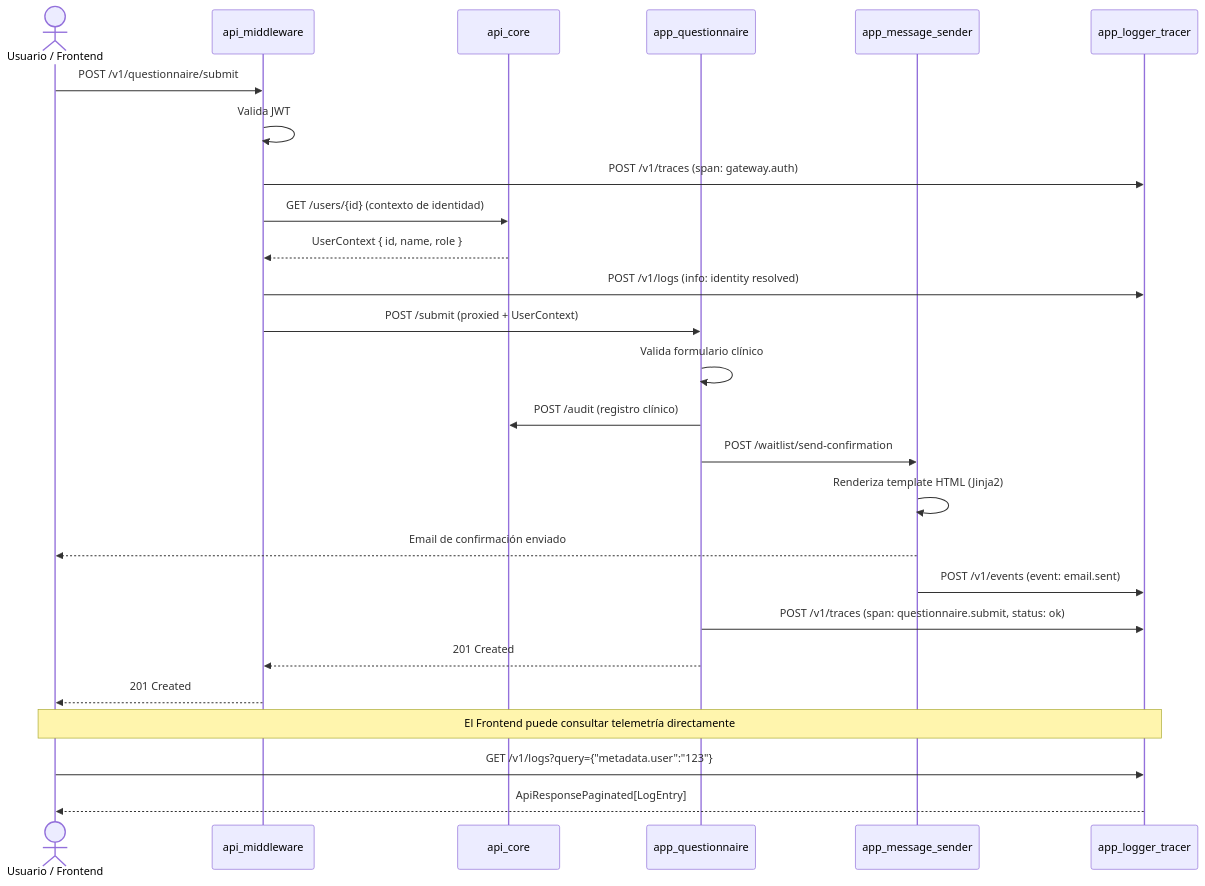
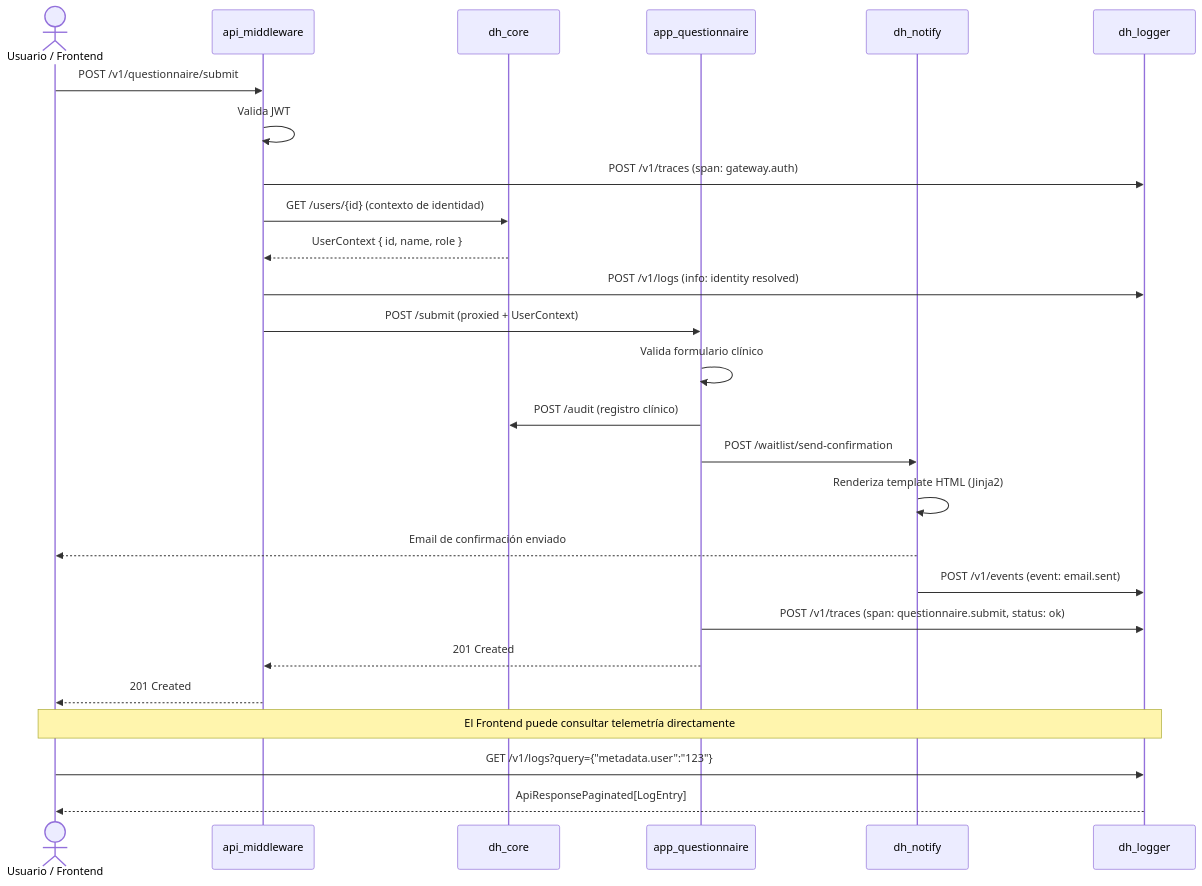
The second of 3 diagrams in architecture/diagrama_arquitectura.md (m4ck-y/dh_docs), drawn with Mermaid before and after one commit. The commit also changed other lines of this file and 52 other files, not shown here.

````diff
--- a/architecture/diagrama_arquitectura.md
+++ b/architecture/diagrama_arquitectura.md
@@ -144,33 +144,33 @@
 ```mermaid
 sequenceDiagram
     actor User as Usuario / Frontend
     participant GW as api_middleware
-    participant Core as api_core
+    participant Core as dh_core
     participant SVC as app_questionnaire
-    participant MSG as app_message_sender
-    participant LOG as app_logger_tracer
+    participant MSG as dh_notify
+    participant LOG as dh_logger
 
     User->>GW: POST /v1/questionnaire/submit
     GW->>GW: Valida JWT
     GW->>LOG: POST /v1/traces (span: gateway.auth)
     GW->>Core: GET /users/{id} (contexto de identidad)
     Core-->>GW: UserContext { id, name, role }
     GW->>LOG: POST /v1/logs (info: identity resolved)
 
     GW->>SVC: POST /submit (proxied + UserContext)
     SVC->>SVC: Valida formulario clínico
     SVC->>Core: POST /audit (registro clínico)
 
     SVC->>MSG: POST /waitlist/send-confirmation
     MSG->>MSG: Renderiza template HTML (Jinja2)
     MSG-->>User: Email de confirmación enviado
     MSG->>LOG: POST /v1/events (event: email.sent)
 
     SVC->>LOG: POST /v1/traces (span: questionnaire.submit, status: ok)
     SVC-->>GW: 201 Created
     GW-->>User: 201 Created
 
     Note over User,LOG: El Frontend puede consultar telemetría directamente
     User->>LOG: GET /v1/logs?query={"metadata.user":"123"}
     LOG-->>User: ApiResponsePaginated[LogEntry]
 ```
````
